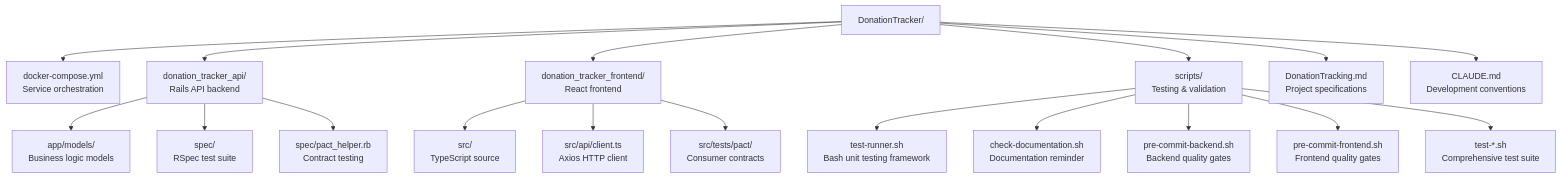
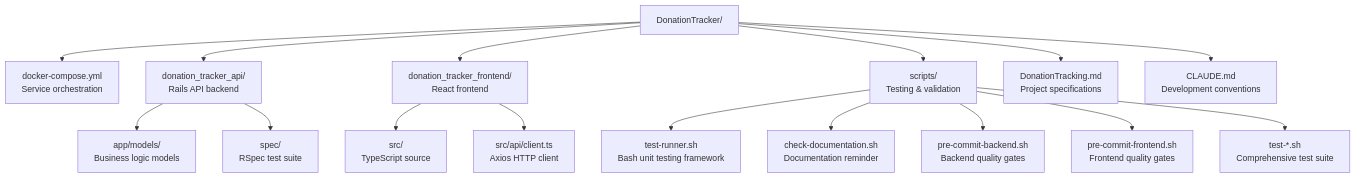
The first of 5 diagrams in CLAUDE.md (mlongerich/DonationTracker), drawn with Mermaid before and after one commit. The commit also changed other lines of this file and 1 other file, not shown here.

First line of the commit message:
docs: update for Pact contract testing removal

````diff
--- a/CLAUDE.md
+++ b/CLAUDE.md
@@ -17,23 +17,21 @@
 ```mermaid
 flowchart TB
     A[DonationTracker/] --> B[docker-compose.yml<br/>Service orchestration]
     A --> C[donation_tracker_api/<br/>Rails API backend]
     A --> D[donation_tracker_frontend/<br/>React frontend]
     A --> E[scripts/<br/>Testing & validation]
     A --> F[DonationTracking.md<br/>Project specifications]
     A --> G[CLAUDE.md<br/>Development conventions]
 
     C --> C1[app/models/<br/>Business logic models]
     C --> C2[spec/<br/>RSpec test suite]
-    C --> C3[spec/pact_helper.rb<br/>Contract testing]
 
     D --> D1[src/<br/>TypeScript source]
     D --> D2[src/api/client.ts<br/>Axios HTTP client]
-    D --> D3[src/tests/pact/<br/>Consumer contracts]
 
     E --> E1[test-runner.sh<br/>Bash unit testing framework]
     E --> E2[check-documentation.sh<br/>Documentation reminder]
     E --> E3[pre-commit-backend.sh<br/>Backend quality gates]
     E --> E4[pre-commit-frontend.sh<br/>Frontend quality gates]
     E --> E5[test-*.sh<br/>Comprehensive test suite]
 ```
````
